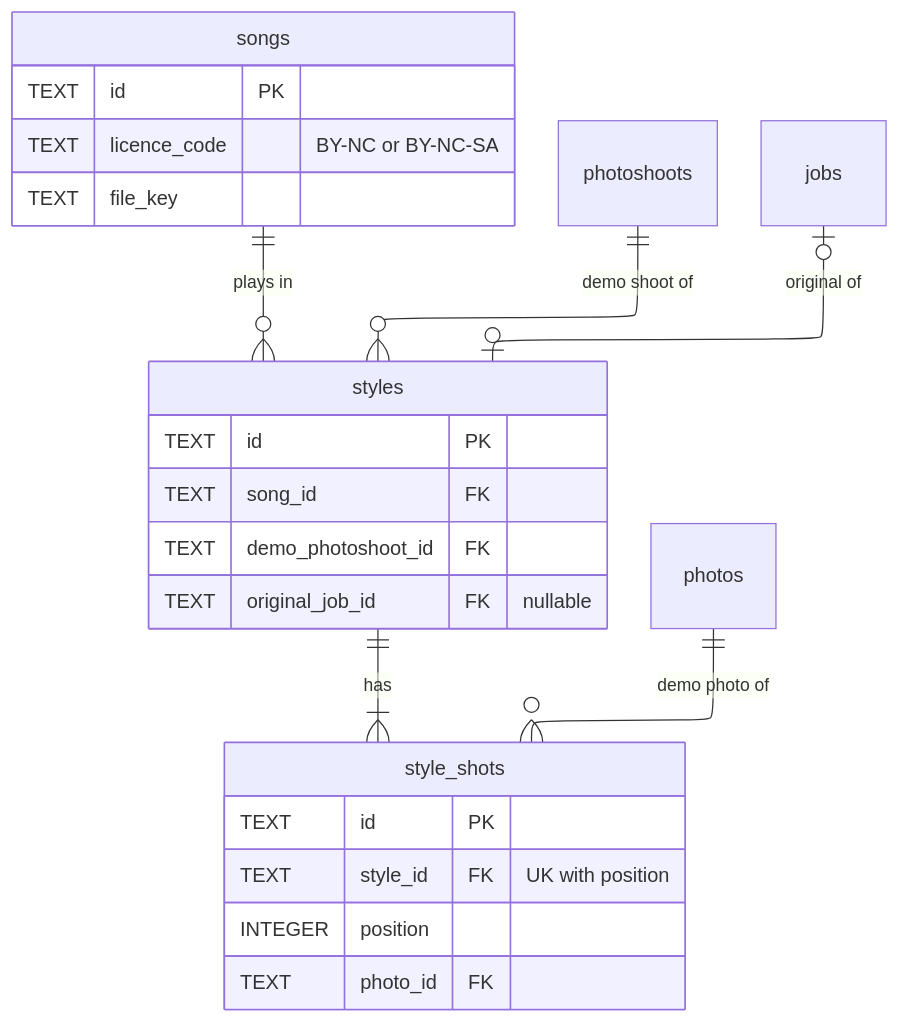
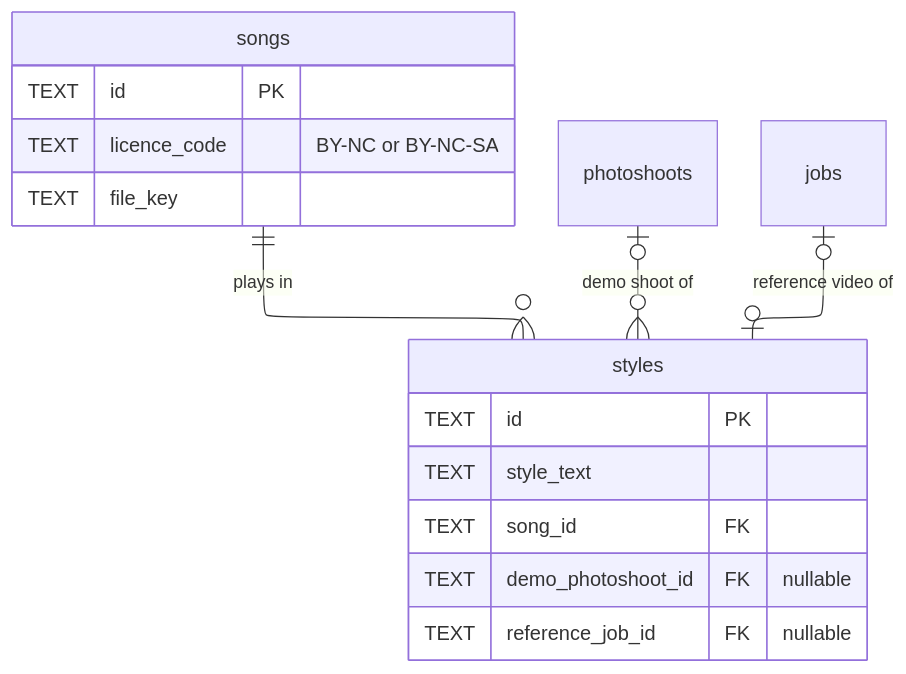
Before and after one commit to ThinkBuildMake/autohdr-photo-to-video: the fifth of 7 diagrams in docs/ARCHITECTURE.md, drawn with Mermaid. The commit also changed other lines of this file and 5 other files, not shown here.

First line of the commit message:
Make styles text-only to avoid reusing creators' videos

````diff
--- a/docs/ARCHITECTURE.md
+++ b/docs/ARCHITECTURE.md
@@ -205,32 +208,24 @@
 ```mermaid
 ---
 config:
   layout: elk
 ---
 erDiagram
   songs {
     TEXT id PK
     TEXT licence_code "BY-NC or BY-NC-SA"
     TEXT file_key
   }
   styles {
     TEXT id PK
+    TEXT style_text
     TEXT song_id FK
-    TEXT demo_photoshoot_id FK
-    TEXT original_job_id FK "nullable"
-  }
-  style_shots {
-    TEXT id PK
-    TEXT style_id FK "UK with position"
-    INTEGER position
-    TEXT photo_id FK
+    TEXT demo_photoshoot_id FK "nullable"
+    TEXT reference_job_id FK "nullable"
   }
   photoshoots
-  photos
   jobs
   songs ||--o{ styles : "plays in"
-  styles ||--|{ style_shots : has
-  photoshoots ||--o{ styles : "demo shoot of"
-  photos ||--o{ style_shots : "demo photo of"
-  jobs |o--o| styles : "original of"
+  photoshoots |o--o{ styles : "demo shoot of"
+  jobs |o--o| styles : "reference video of"
 ```
````
